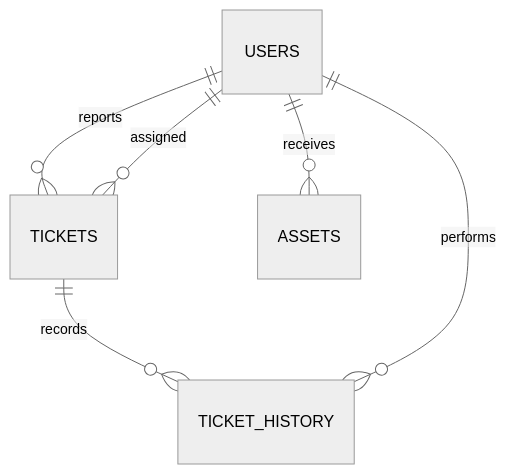
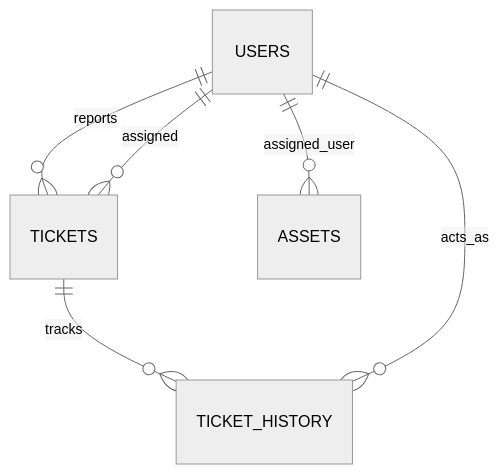
The diagram in README.md (KhangTran69/it-help-desk), drawn with Mermaid (neutral theme) before and after one commit. The commit also changed other lines of this file and 38 other files, not shown here.

````diff
--- a/README.md
+++ b/README.md
@@ -20,8 +59,8 @@
 ```mermaid
 erDiagram
  USERS ||--o{ TICKETS : reports
  USERS ||--o{ TICKETS : assigned
- USERS ||--o{ ASSETS : receives
- TICKETS ||--o{ TICKET_HISTORY : records
- USERS ||--o{ TICKET_HISTORY : performs
+ USERS ||--o{ ASSETS : assigned_user
+ TICKETS ||--o{ TICKET_HISTORY : tracks
+ USERS ||--o{ TICKET_HISTORY : acts_as
 ```
````
